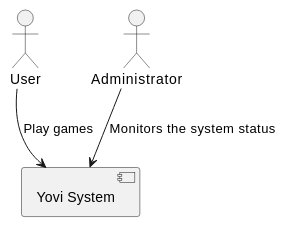
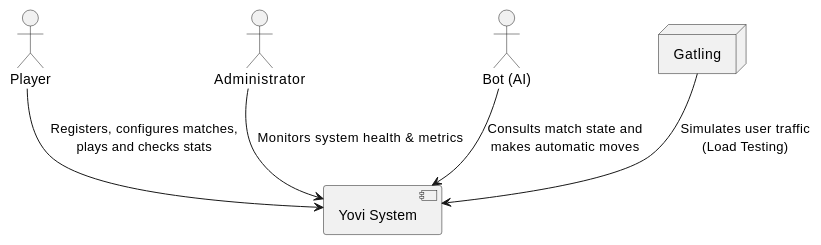
Before and after one commit to Arquisoft/yovi_es1a: the first of 2 diagrams in docs/src/03_context_and_scope.adoc, drawn with PlantUML. The commit also changed other lines of this file, not shown here.

```diff
--- a/docs/src/03_context_and_scope.adoc
+++ b/docs/src/03_context_and_scope.adoc
@@ -54,15 +27,19 @@
 [plantuml]
 ----
 @startuml
 skinparam componentStyle uml2
 
-actor "User" as player
+actor "Player" as player
 actor "Administrator" as admin
+actor "Bot (AI)" as bot
+node "Gatling" as gatling
 
 component  "Yovi System" as yovi
 
-player --> yovi : Play games
-admin --> yovi : Monitors the system status
+player --> yovi : Registers, configures matches,\nplays and checks stats
+admin --> yovi : Monitors system health & metrics
+bot --> yovi : Consults match state and\nmakes automatic moves
+gatling --> yovi : Simulates user traffic\n(Load Testing)
 
 @enduml
 ----
```
